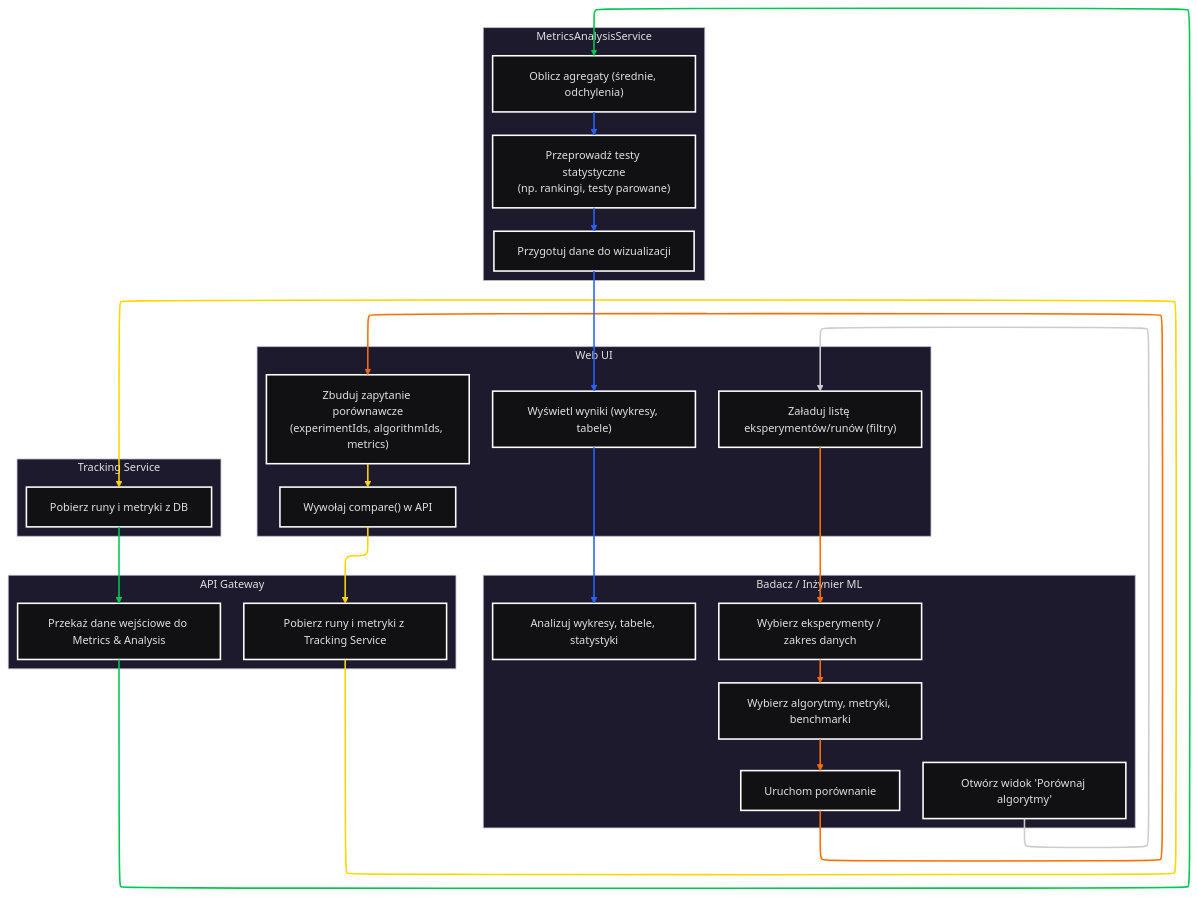
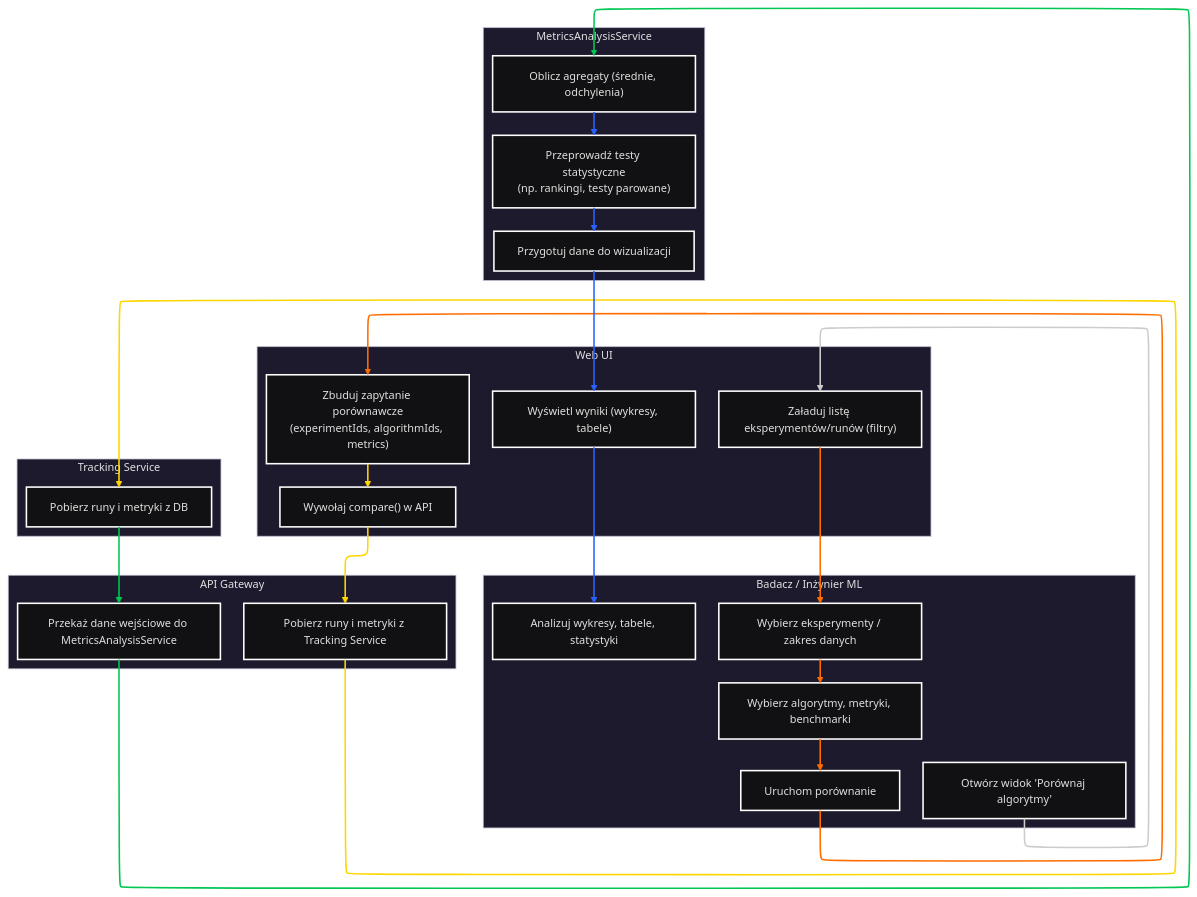
One commit to jedrzejpolaczek/aviarium.corvidae.corvus_corone changed diagram 16 of 35 in docs/system_c4_architecture.md. Above: the diagram before and after it, drawn with Mermaid. The commit also changed other lines of this file, not shown here.

````diff
--- a/docs/system_c4_architecture.md
+++ b/docs/system_c4_architecture.md
@@ -1740,61 +1794,61 @@
 ```mermaid
 ---
 config:
   layout: elk
   theme: redux-dark
 ---
 flowchart TB
  subgraph Swim_User["Badacz / Inżynier ML"]
         U1@{ label: "Otwórz widok 'Porównaj algorytmy'" }
         U2["Wybierz eksperymenty / zakres danych"]
         U3["Wybierz algorytmy, metryki, benchmarki"]
         U4["Uruchom porównanie"]
         U5["Analizuj wykresy, tabele, statystyki"]
   end
  subgraph Swim_UI["Web UI"]
         W1["Załaduj listę eksperymentów/runów (filtry)"]
         W2["Zbuduj zapytanie porównawcze\n(experimentIds, algorithmIds, metrics)"]
         W3["Wywołaj compare() w API"]
         W4["Wyświetl wyniki (wykresy, tabele)"]
   end
  subgraph Swim_API["API Gateway"]
         A1["Pobierz runy i metryki z Tracking Service"]
-        A2["Przekaż dane wejściowe do Metrics & Analysis"]
+        A2["Przekaż dane wejściowe do MetricsAnalysisService"]
   end
  subgraph Swim_TRK["Tracking Service"]
         T1["Pobierz runy i metryki z DB"]
   end
  subgraph Swim_ANAL["MetricsAnalysisService"]
         M1["Oblicz agregaty (średnie, odchylenia)"]
         M2["Przeprowadź testy statystyczne\n(np. rankingi, testy parowane)"]
         M3["Przygotuj dane do wizualizacji"]
   end
     U1 --> W1
     W1 --> U2
     U2 --> U3
     U3 --> U4
     U4 --> W2
     W2 --> W3
     W3 --> A1
     A1 --> T1
     T1 --> A2
     A2 --> M1
     M1 --> M2
     M2 --> M3
     M3 --> W4
     W4 --> U5
     U1@{ shape: rect}
     linkStyle 1 stroke:#FF6D00,fill:none
     linkStyle 2 stroke:#FF6D00,fill:none
     linkStyle 3 stroke:#FF6D00,fill:none
     linkStyle 4 stroke:#FF6D00,fill:none
     linkStyle 5 stroke:#FFD600,fill:none
     linkStyle 6 stroke:#FFD600,fill:none
     linkStyle 7 stroke:#FFD600,fill:none
     linkStyle 8 stroke:#00C853,fill:none
     linkStyle 9 stroke:#00C853,fill:none
     linkStyle 10 stroke:#2962FF,fill:none
     linkStyle 11 stroke:#2962FF,fill:none
     linkStyle 12 stroke:#2962FF,fill:none
     linkStyle 13 stroke:#2962FF
 ```
````
